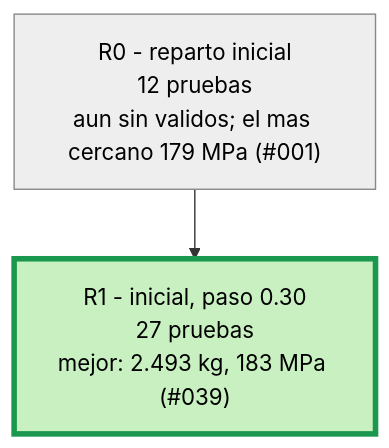
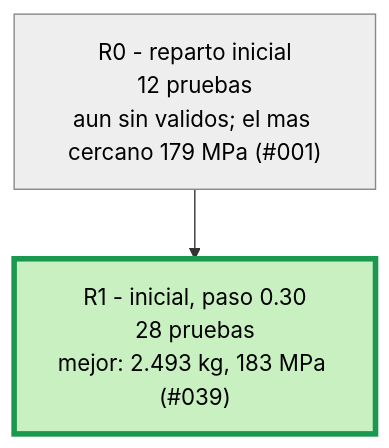
The second of 3 diagrams in runs/opt_37800N/ARBOL.md (Hugiko/msd-soporte-optimizacion), drawn with Mermaid before and after one commit. The commit also changed 14 other files, not shown here.

````diff
--- a/runs/opt_37800N/ARBOL.md
+++ b/runs/opt_37800N/ARBOL.md
@@ -21,9 +21,9 @@
 ```mermaid
 graph TD
 classDef activa fill:#d6eaff,stroke:#1f6fb5,color:#000
 classDef fin fill:#eeeeee,stroke:#888,color:#000
 classDef mejor fill:#c8f0c0,stroke:#1a9850,stroke-width:4px,color:#000
 R0["R0 - reparto inicial<br/>12 pruebas<br/>aun sin validos; el mas cercano 179 MPa (#001)"]:::fin
-R1["R1 - inicial, paso 0.30<br/>27 pruebas<br/>mejor: 2.493 kg, 183 MPa (#039)"]:::mejor
+R1["R1 - inicial, paso 0.30<br/>28 pruebas<br/>mejor: 2.493 kg, 183 MPa (#039)"]:::mejor
 R0 --> R1
 ```
````
